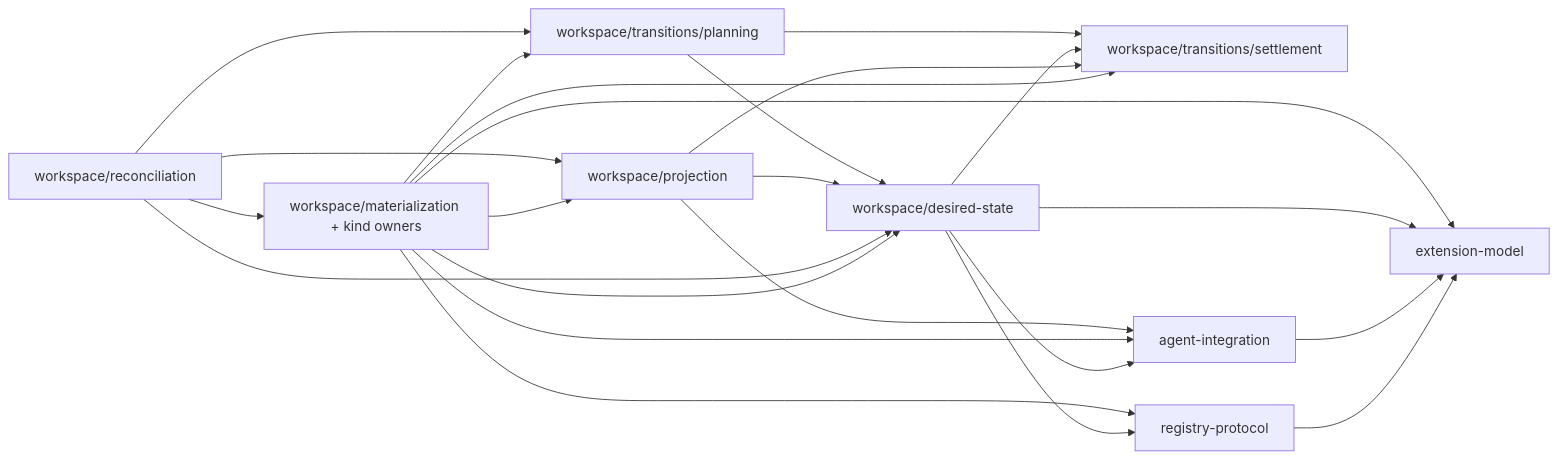
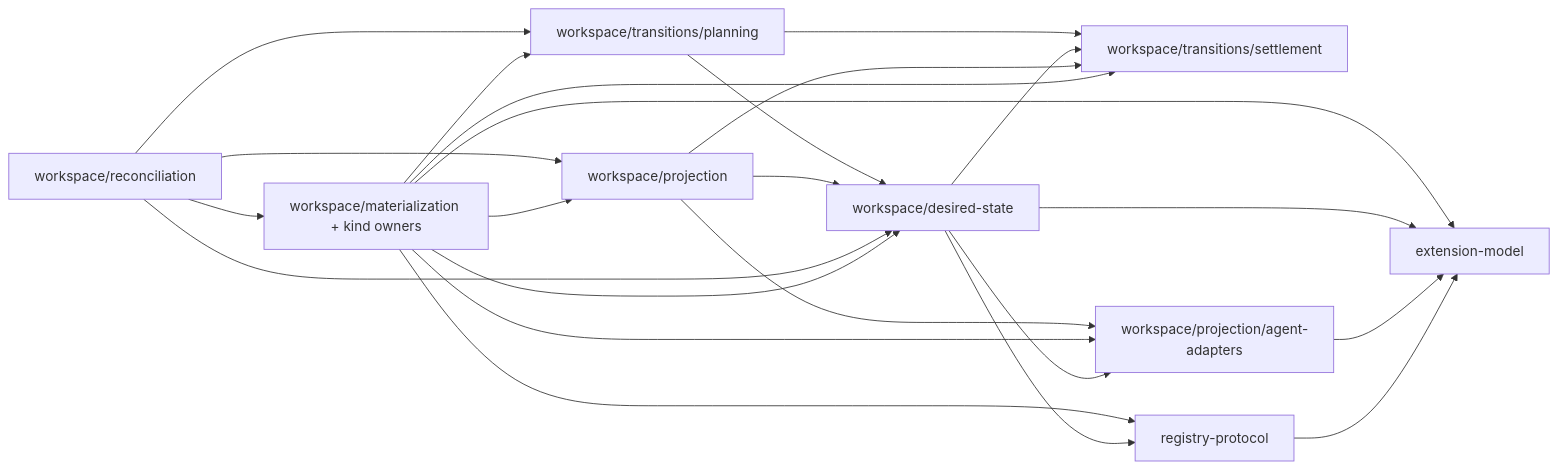
The diagram in docs/architecture/package-architecture.md (agentxm/axm), drawn with Mermaid before and after one commit. The commit also changed other lines of this file and 1682 other files, not shown here.

````diff
--- a/docs/architecture/package-architecture.md
+++ b/docs/architecture/package-architecture.md
@@ -259,25 +268,25 @@
 ```mermaid
 flowchart LR
   OPERATIONS["workspace/transitions/planning"] --> STATE["workspace/desired-state"]
   OPERATIONS --> TRANSACTIONS["workspace/transitions/settlement"]
   STATE --> TRANSACTIONS
   PROJECTION["workspace/projection"] --> STATE
   PROJECTION --> TRANSACTIONS
-  PROJECTION --> AGENT_INTEGRATION["agent-integration"]
+  PROJECTION --> AGENT_ADAPTERS["workspace/projection/agent-adapters"]
   RECONCILIATION["workspace/reconciliation"] --> MATERIALIZATION["workspace/materialization + kind owners"]
   RECONCILIATION --> OPERATIONS
   RECONCILIATION --> STATE
   RECONCILIATION --> PROJECTION
   MATERIALIZATION --> PROJECTION
   MATERIALIZATION --> OPERATIONS
   MATERIALIZATION --> STATE
   MATERIALIZATION --> TRANSACTIONS
-  MATERIALIZATION --> AGENT_INTEGRATION
+  MATERIALIZATION --> AGENT_ADAPTERS
   MATERIALIZATION --> PROTOCOL["registry-protocol"]
   MATERIALIZATION --> MODEL["extension-model"]
-  STATE --> AGENT_INTEGRATION
+  STATE --> AGENT_ADAPTERS
   STATE --> PROTOCOL
   STATE --> MODEL
-  AGENT_INTEGRATION --> MODEL
+  AGENT_ADAPTERS --> MODEL
   PROTOCOL --> MODEL
 ```
````
